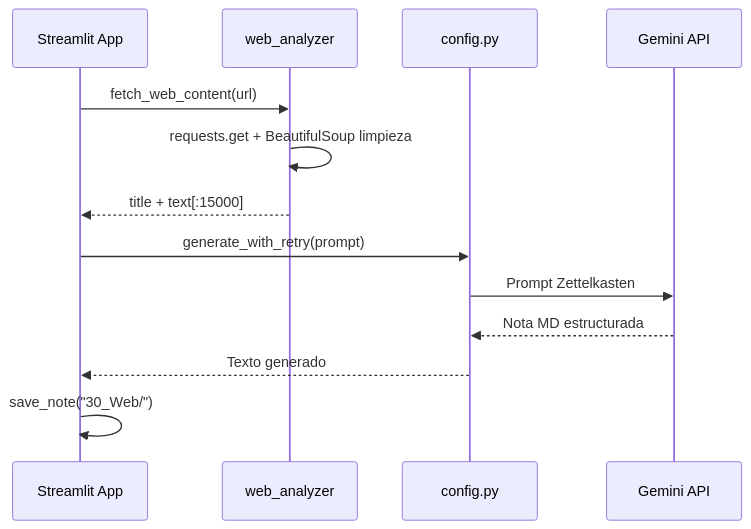
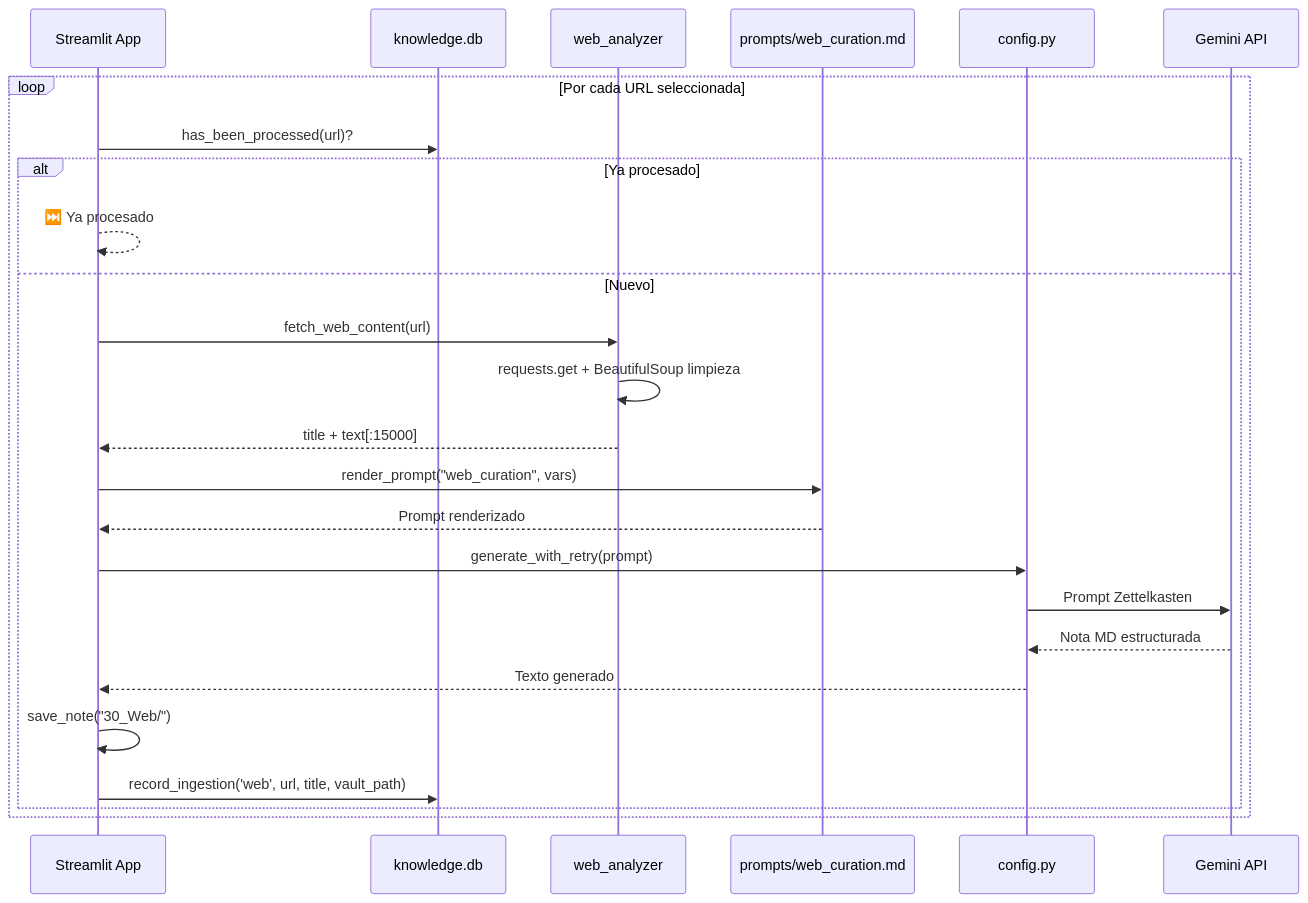
Before and after one commit to luuisaguilar/deep-audit-knowledge-engine: the third of 8 diagrams in docs/FLOWS.md, drawn with Mermaid. The commit also changed other lines of this file and 7 other files, not shown here.

````diff
--- a/docs/FLOWS.md
+++ b/docs/FLOWS.md
@@ -65,16 +89,28 @@
 ```mermaid
 sequenceDiagram
     participant S as Streamlit App
+    participant DB as knowledge.db
     participant W as web_analyzer
+    participant PT as prompts/web_curation.md
     participant C as config.py
     participant G as Gemini API
 
-    S->>W: fetch_web_content(url)
-    W->>W: requests.get + BeautifulSoup limpieza
-    W-->>S: title + text[:15000]
-    S->>C: generate_with_retry(prompt)
-    C->>G: Prompt Zettelkasten
-    G-->>C: Nota MD estructurada
-    C-->>S: Texto generado
-    S->>S: save_note("30_Web/")
+    loop Por cada URL seleccionada
+        S->>DB: has_been_processed(url)?
+        alt Ya procesado
+            S-->>S: ⏭️ Ya procesado
+        else Nuevo
+            S->>W: fetch_web_content(url)
+            W->>W: requests.get + BeautifulSoup limpieza
+            W-->>S: title + text[:15000]
+            S->>PT: render_prompt("web_curation", vars)
+            PT-->>S: Prompt renderizado
+            S->>C: generate_with_retry(prompt)
+            C->>G: Prompt Zettelkasten
+            G-->>C: Nota MD estructurada
+            C-->>S: Texto generado
+            S->>S: save_note("30_Web/")
+            S->>DB: record_ingestion('web', url, title, vault_path)
+        end
+    end
 ```
````
